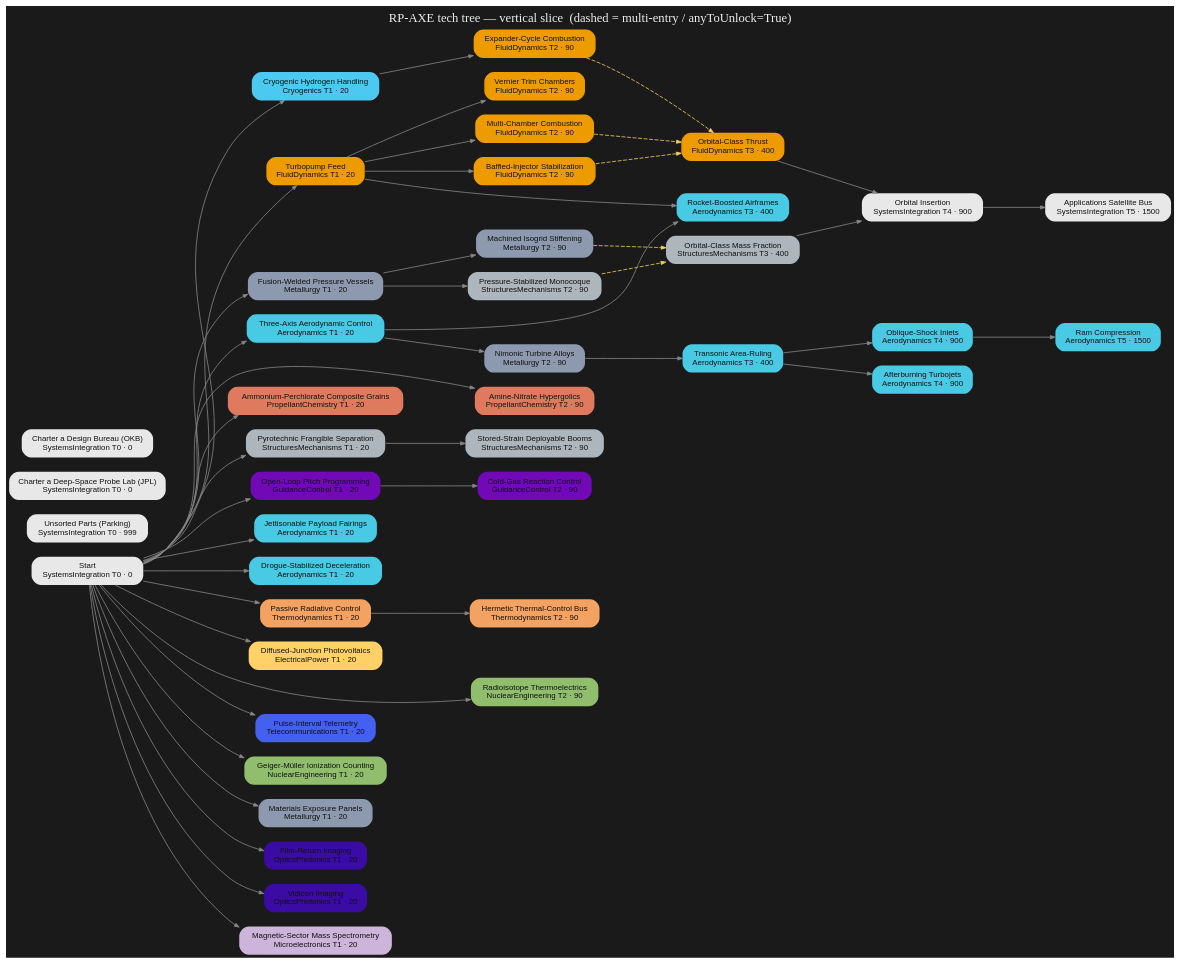
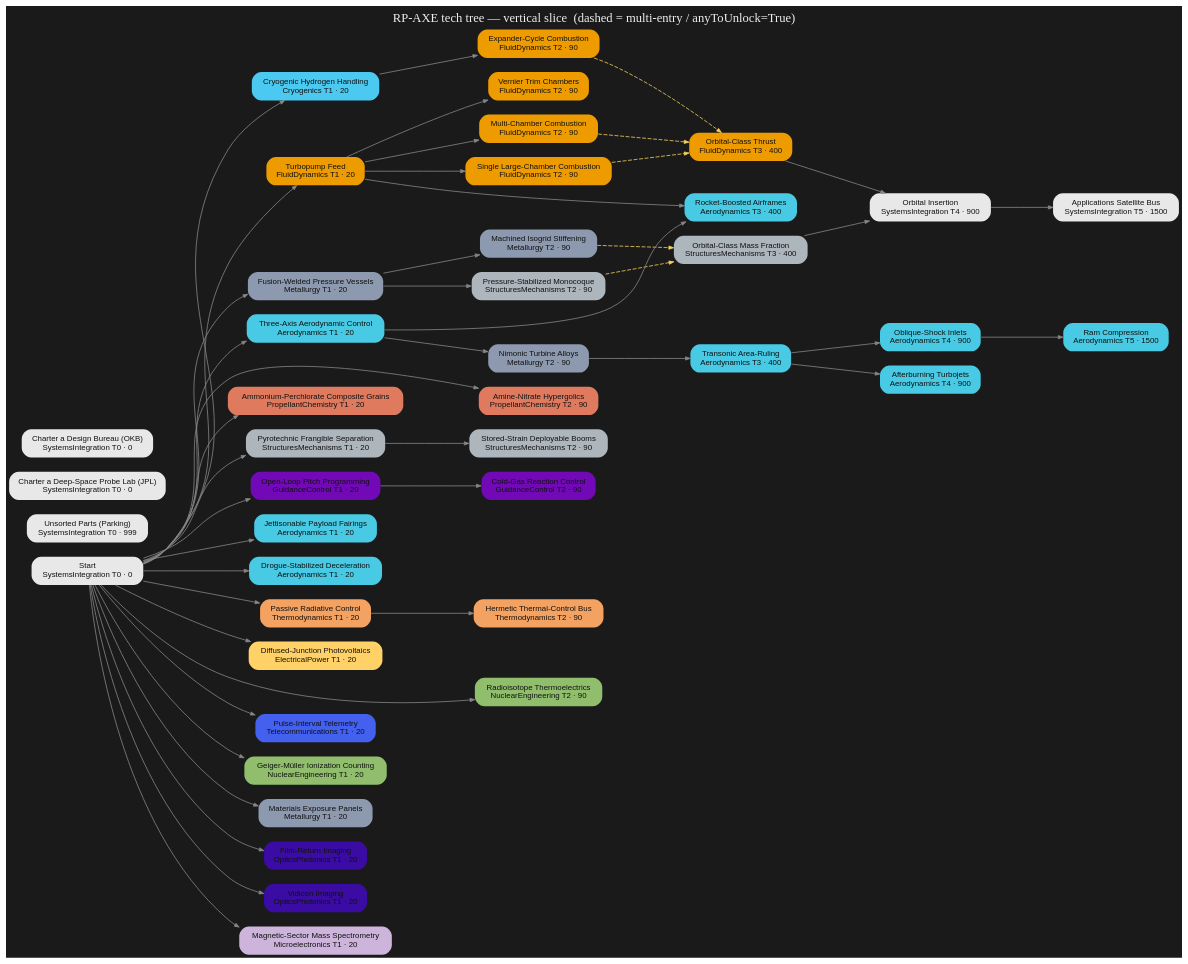
One commit to miskoltrans/RP-AXE changed the diagram in tree/render/axe-tree.dot. Above: the diagram before and after it, drawn with Graphviz. The commit also changed 4 other files, not shown here.

First line of the commit message:
tree: rename fd_baffledInjector -> "Single Large-Chamber Combustion"

```diff
--- a/tree/render/axe-tree.dot
+++ b/tree/render/axe-tree.dot
@@ -1,98 +1,98 @@
 digraph AXE {
   rankdir=LR; bgcolor="#1a1a1a"; nodesep=0.25; ranksep=1.1;
   node[shape=box,style="filled,rounded",fontname="Helvetica",fontsize=10,color="#00000000"];
   edge[color="#888888",arrowsize=0.6];
   "start" [label="Start\nSystemsIntegration T0 · 0",fillcolor="#e8e8e8",fontcolor="#111111"];
   "parking" [label="Unsorted Parts (Parking)\nSystemsIntegration T0 · 999",fillcolor="#e8e8e8",fontcolor="#111111"];
   "hire_JPL" [label="Charter a Deep-Space Probe Lab (JPL)\nSystemsIntegration T0 · 0",fillcolor="#e8e8e8",fontcolor="#111111"];
   "hire_OKB" [label="Charter a Design Bureau (OKB)\nSystemsIntegration T0 · 0",fillcolor="#e8e8e8",fontcolor="#111111"];
   "fd_turbopumpFeed" [label="Turbopump Feed\nFluidDynamics T1 · 20",fillcolor="#ee9b00",fontcolor="#111111"];
   "fd_multiChamber" [label="Multi-Chamber Combustion\nFluidDynamics T2 · 90",fillcolor="#ee9b00",fontcolor="#111111"];
-  "fd_baffledInjector" [label="Baffled-Injector Stabilization\nFluidDynamics T2 · 90",fillcolor="#ee9b00",fontcolor="#111111"];
+  "fd_baffledInjector" [label="Single Large-Chamber Combustion\nFluidDynamics T2 · 90",fillcolor="#ee9b00",fontcolor="#111111"];
   "fd_verniers" [label="Vernier Trim Chambers\nFluidDynamics T2 · 90",fillcolor="#ee9b00",fontcolor="#111111"];
   "pc_hypergolics" [label="Amine-Nitrate Hypergolics\nPropellantChemistry T2 · 90",fillcolor="#e07a5f",fontcolor="#111111"];
   "cryo_hydrogen" [label="Cryogenic Hydrogen Handling\nCryogenics T1 · 20",fillcolor="#4cc9f0",fontcolor="#111111"];
   "fd_expanderCycle" [label="Expander-Cycle Combustion\nFluidDynamics T2 · 90",fillcolor="#ee9b00",fontcolor="#111111"];
   "fd_orbitalThrust" [label="Orbital-Class Thrust\nFluidDynamics T3 · 400",fillcolor="#ee9b00",fontcolor="#111111"];
   "pc_solidGrains" [label="Ammonium-Perchlorate Composite Grains\nPropellantChemistry T1 · 20",fillcolor="#e07a5f",fontcolor="#111111"];
   "met_weldedTank" [label="Fusion-Welded Pressure Vessels\nMetallurgy T1 · 20",fillcolor="#8d99ae",fontcolor="#111111"];
   "met_isogrid" [label="Machined Isogrid Stiffening\nMetallurgy T2 · 90",fillcolor="#8d99ae",fontcolor="#111111"];
   "str_balloonTank" [label="Pressure-Stabilized Monocoque\nStructuresMechanisms T2 · 90",fillcolor="#adb5bd",fontcolor="#111111"];
   "str_orbitalMassFraction" [label="Orbital-Class Mass Fraction\nStructuresMechanisms T3 · 400",fillcolor="#adb5bd",fontcolor="#111111"];
   "str_staging" [label="Pyrotechnic Frangible Separation\nStructuresMechanisms T1 · 20",fillcolor="#adb5bd",fontcolor="#111111"];
   "gnc_pitchProgram" [label="Open-Loop Pitch Programming\nGuidanceControl T1 · 20",fillcolor="#7209b7",fontcolor="#111111"];
   "gnc_rcs" [label="Cold-Gas Reaction Control\nGuidanceControl T2 · 90",fillcolor="#7209b7",fontcolor="#111111"];
   "str_booms" [label="Stored-Strain Deployable Booms\nStructuresMechanisms T2 · 90",fillcolor="#adb5bd",fontcolor="#111111"];
   "aero_fairings" [label="Jettisonable Payload Fairings\nAerodynamics T1 · 20",fillcolor="#48cae4",fontcolor="#111111"];
   "aero_recovery" [label="Drogue-Stabilized Deceleration\nAerodynamics T1 · 20",fillcolor="#48cae4",fontcolor="#111111"];
   "th_radiativeControl" [label="Passive Radiative Control\nThermodynamics T1 · 20",fillcolor="#f4a261",fontcolor="#111111"];
   "th_hermeticBus" [label="Hermetic Thermal-Control Bus\nThermodynamics T2 · 90",fillcolor="#f4a261",fontcolor="#111111"];
   "elec_siliconPV" [label="Diffused-Junction Photovoltaics\nElectricalPower T1 · 20",fillcolor="#ffd166",fontcolor="#111111"];
   "nuc_rtg" [label="Radioisotope Thermoelectrics\nNuclearEngineering T2 · 90",fillcolor="#90be6d",fontcolor="#111111"];
   "tel_telemetry" [label="Pulse-Interval Telemetry\nTelecommunications T1 · 20",fillcolor="#4361ee",fontcolor="#111111"];
   "nuc_geiger" [label="Geiger-Müller Ionization Counting\nNuclearEngineering T1 · 20",fillcolor="#90be6d",fontcolor="#111111"];
   "met_exposurePanels" [label="Materials Exposure Panels\nMetallurgy T1 · 20",fillcolor="#8d99ae",fontcolor="#111111"];
   "opt_filmReturn" [label="Film-Return Imaging\nOpticsPhotonics T1 · 20",fillcolor="#3a0ca3",fontcolor="#111111"];
   "opt_vidicon" [label="Vidicon Imaging\nOpticsPhotonics T1 · 20",fillcolor="#3a0ca3",fontcolor="#111111"];
   "mic_massSpec" [label="Magnetic-Sector Mass Spectrometry\nMicroelectronics T1 · 20",fillcolor="#cdb4db",fontcolor="#111111"];
   "int_orbitalInsertion" [label="Orbital Insertion\nSystemsIntegration T4 · 900",fillcolor="#e8e8e8",fontcolor="#111111"];
   "int_applicationsSat" [label="Applications Satellite Bus\nSystemsIntegration T5 · 1500",fillcolor="#e8e8e8",fontcolor="#111111"];
   "xplaneStart" [label="Three-Axis Aerodynamic Control\nAerodynamics T1 · 20",fillcolor="#48cae4",fontcolor="#111111"];
   "met_turbineAlloys" [label="Nimonic Turbine Alloys\nMetallurgy T2 · 90",fillcolor="#8d99ae",fontcolor="#111111"];
   "aero_areaRule" [label="Transonic Area-Ruling\nAerodynamics T3 · 400",fillcolor="#48cae4",fontcolor="#111111"];
   "aero_shockInlets" [label="Oblique-Shock Inlets\nAerodynamics T4 · 900",fillcolor="#48cae4",fontcolor="#111111"];
   "aero_afterburner" [label="Afterburning Turbojets\nAerodynamics T4 · 900",fillcolor="#48cae4",fontcolor="#111111"];
   "aero_ramjet" [label="Ram Compression\nAerodynamics T5 · 1500",fillcolor="#48cae4",fontcolor="#111111"];
   "aero_rocketplane" [label="Rocket-Boosted Airframes\nAerodynamics T3 · 400",fillcolor="#48cae4",fontcolor="#111111"];
   { rank=same; "start" "parking" "hire_JPL" "hire_OKB" }
   { rank=same; "fd_turbopumpFeed" "cryo_hydrogen" "pc_solidGrains" "met_weldedTank" "str_staging" "gnc_pitchProgram" "aero_fairings" "aero_recovery" "th_radiativeControl" "elec_siliconPV" "tel_telemetry" "nuc_geiger" "met_exposurePanels" "opt_filmReturn" "opt_vidicon" "mic_massSpec" "xplaneStart" }
   { rank=same; "fd_multiChamber" "fd_baffledInjector" "fd_verniers" "pc_hypergolics" "fd_expanderCycle" "met_isogrid" "str_balloonTank" "gnc_rcs" "str_booms" "th_hermeticBus" "nuc_rtg" "met_turbineAlloys" }
   { rank=same; "fd_orbitalThrust" "str_orbitalMassFraction" "aero_areaRule" "aero_rocketplane" }
   { rank=same; "int_orbitalInsertion" "aero_shockInlets" "aero_afterburner" }
   { rank=same; "int_applicationsSat" "aero_ramjet" }
   "start" -> "fd_turbopumpFeed" [style=solid];
   "fd_turbopumpFeed" -> "fd_multiChamber" [style=solid];
   "fd_turbopumpFeed" -> "fd_baffledInjector" [style=solid];
   "fd_turbopumpFeed" -> "fd_verniers" [style=solid];
   "start" -> "pc_hypergolics" [style=solid];
   "start" -> "cryo_hydrogen" [style=solid];
   "cryo_hydrogen" -> "fd_expanderCycle" [style=solid];
   "fd_multiChamber" -> "fd_orbitalThrust" [style=dashed,color="#f4d35e"];
   "fd_baffledInjector" -> "fd_orbitalThrust" [style=dashed,color="#f4d35e"];
   "fd_expanderCycle" -> "fd_orbitalThrust" [style=dashed,color="#f4d35e"];
   "start" -> "pc_solidGrains" [style=solid];
   "start" -> "met_weldedTank" [style=solid];
   "met_weldedTank" -> "met_isogrid" [style=solid];
   "met_weldedTank" -> "str_balloonTank" [style=solid];
   "met_isogrid" -> "str_orbitalMassFraction" [style=dashed,color="#f4d35e"];
   "str_balloonTank" -> "str_orbitalMassFraction" [style=dashed,color="#f4d35e"];
   "start" -> "str_staging" [style=solid];
   "start" -> "gnc_pitchProgram" [style=solid];
   "gnc_pitchProgram" -> "gnc_rcs" [style=solid];
   "str_staging" -> "str_booms" [style=solid];
   "start" -> "aero_fairings" [style=solid];
   "start" -> "aero_recovery" [style=solid];
   "start" -> "th_radiativeControl" [style=solid];
   "th_radiativeControl" -> "th_hermeticBus" [style=solid];
   "start" -> "elec_siliconPV" [style=solid];
   "start" -> "nuc_rtg" [style=solid];
   "start" -> "tel_telemetry" [style=solid];
   "start" -> "nuc_geiger" [style=solid];
   "start" -> "met_exposurePanels" [style=solid];
   "start" -> "opt_filmReturn" [style=solid];
   "start" -> "opt_vidicon" [style=solid];
   "start" -> "mic_massSpec" [style=solid];
   "fd_orbitalThrust" -> "int_orbitalInsertion" [style=solid];
   "str_orbitalMassFraction" -> "int_orbitalInsertion" [style=solid];
   "int_orbitalInsertion" -> "int_applicationsSat" [style=solid];
   "start" -> "xplaneStart" [style=solid];
   "xplaneStart" -> "met_turbineAlloys" [style=solid];
   "met_turbineAlloys" -> "aero_areaRule" [style=solid];
   "aero_areaRule" -> "aero_shockInlets" [style=solid];
   "aero_areaRule" -> "aero_afterburner" [style=solid];
   "aero_shockInlets" -> "aero_ramjet" [style=solid];
   "xplaneStart" -> "aero_rocketplane" [style=solid];
   "fd_turbopumpFeed" -> "aero_rocketplane" [style=solid];
   labelloc="t"; fontcolor="#eeeeee"; fontsize=16;
   label="RP-AXE tech tree — vertical slice  (dashed = multi-entry / anyToUnlock=True)";
 }
```
